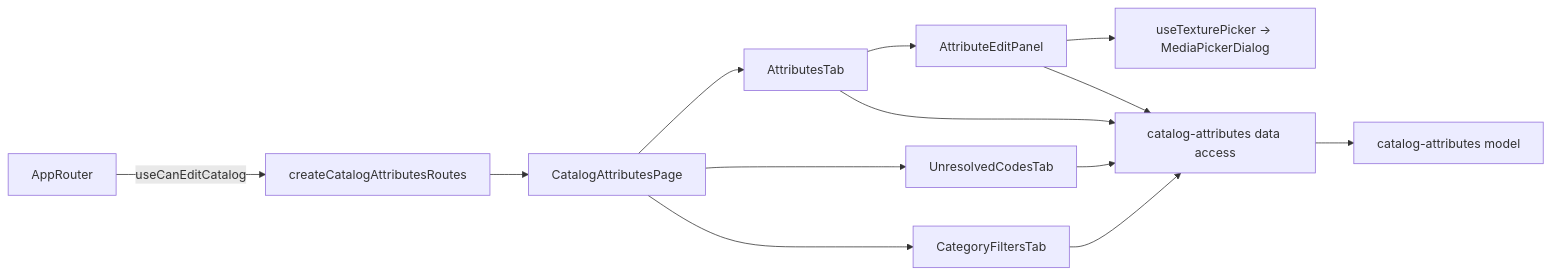
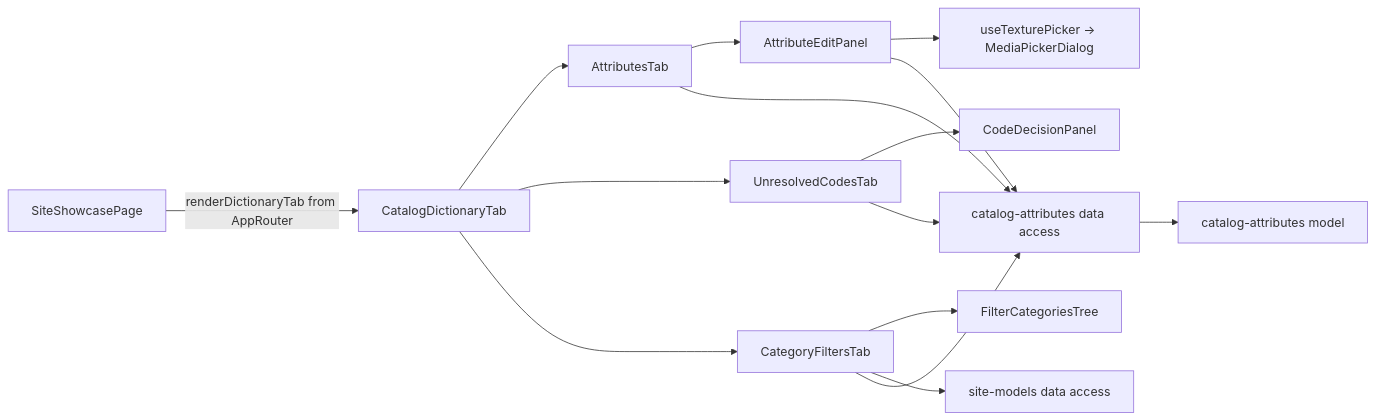
The diagram in docs/features/admin/catalog-attributes.md (Weretik/kedr-web), drawn with Mermaid before and after one commit. The commit also changed other lines of this file and 36 other files, not shown here.

First line of the commit message:
Admin: attribute values edited in place, codes decided in a side panel, filters on the site category tree; drop unused list code (spec 007 stage 4c)

````diff
--- a/docs/features/admin/catalog-attributes.md
+++ b/docs/features/admin/catalog-attributes.md
@@ -14,15 +14,17 @@
 ```mermaid
 flowchart LR
-    App[AppRouter] -->|useCanEditCatalog| Routes[createCatalogAttributesRoutes]
-    Routes --> Page[CatalogAttributesPage]
-    Page --> Attrs[AttributesTab]
-    Page --> Codes[UnresolvedCodesTab]
-    Page --> Filters[CategoryFiltersTab]
+    Page[SiteShowcasePage] -->|renderDictionaryTab from AppRouter| Tab[CatalogDictionaryTab]
+    Tab --> Attrs[AttributesTab]
+    Tab --> Codes[UnresolvedCodesTab]
+    Tab --> Filters[CategoryFiltersTab]
     Attrs --> Panel[AttributeEditPanel]
     Panel --> Picker[useTexturePicker → MediaPickerDialog]
+    Codes --> Decision[CodeDecisionPanel]
+    Filters --> Tree[FilterCategoriesTree]
+    Filters --> SiteApi[site-models data access]
     Attrs --> Api[catalog-attributes data access]
     Panel --> Api
     Codes --> Api
     Filters --> Api
     Api --> Model[catalog-attributes model]
 ```
````
